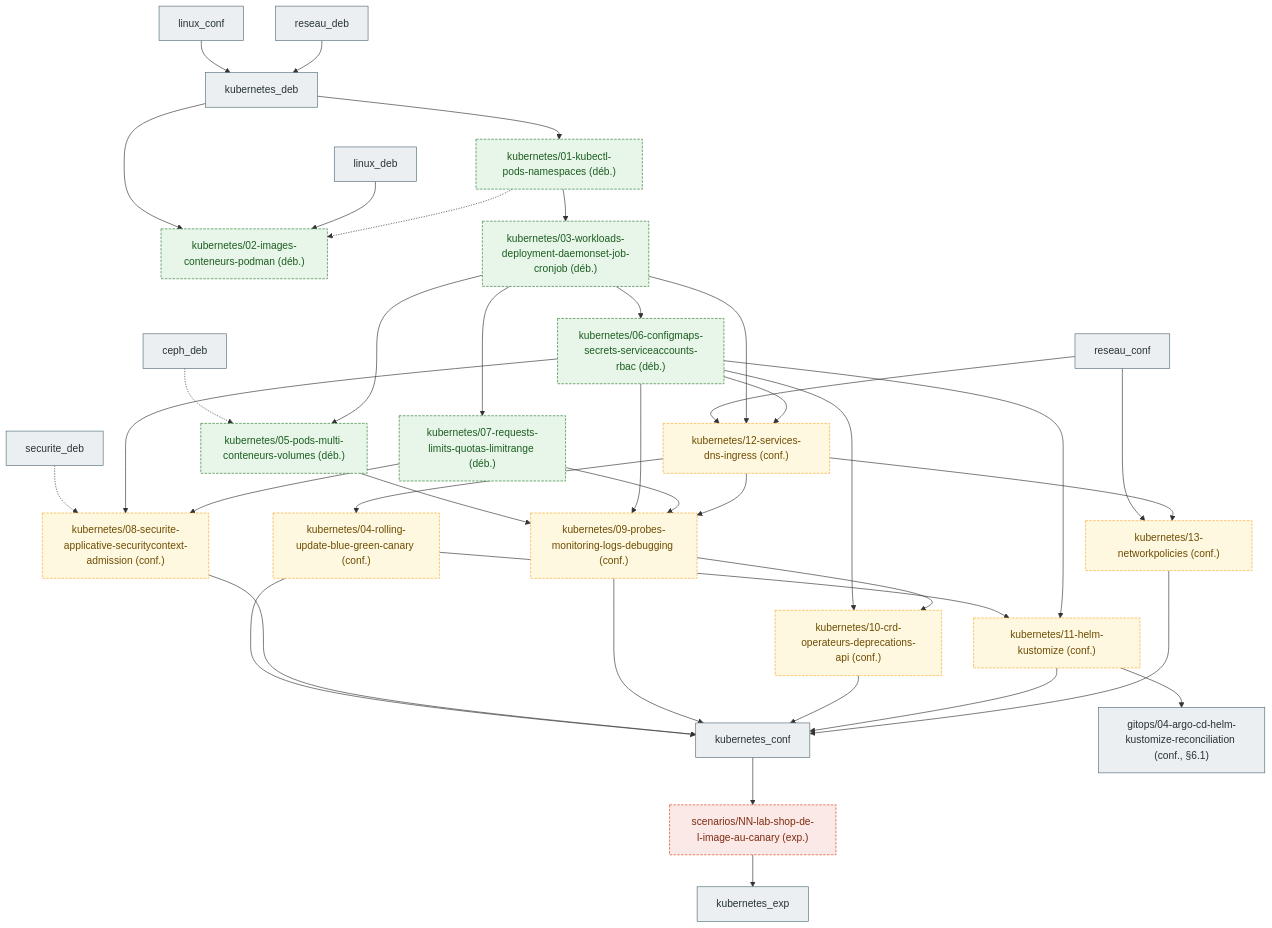
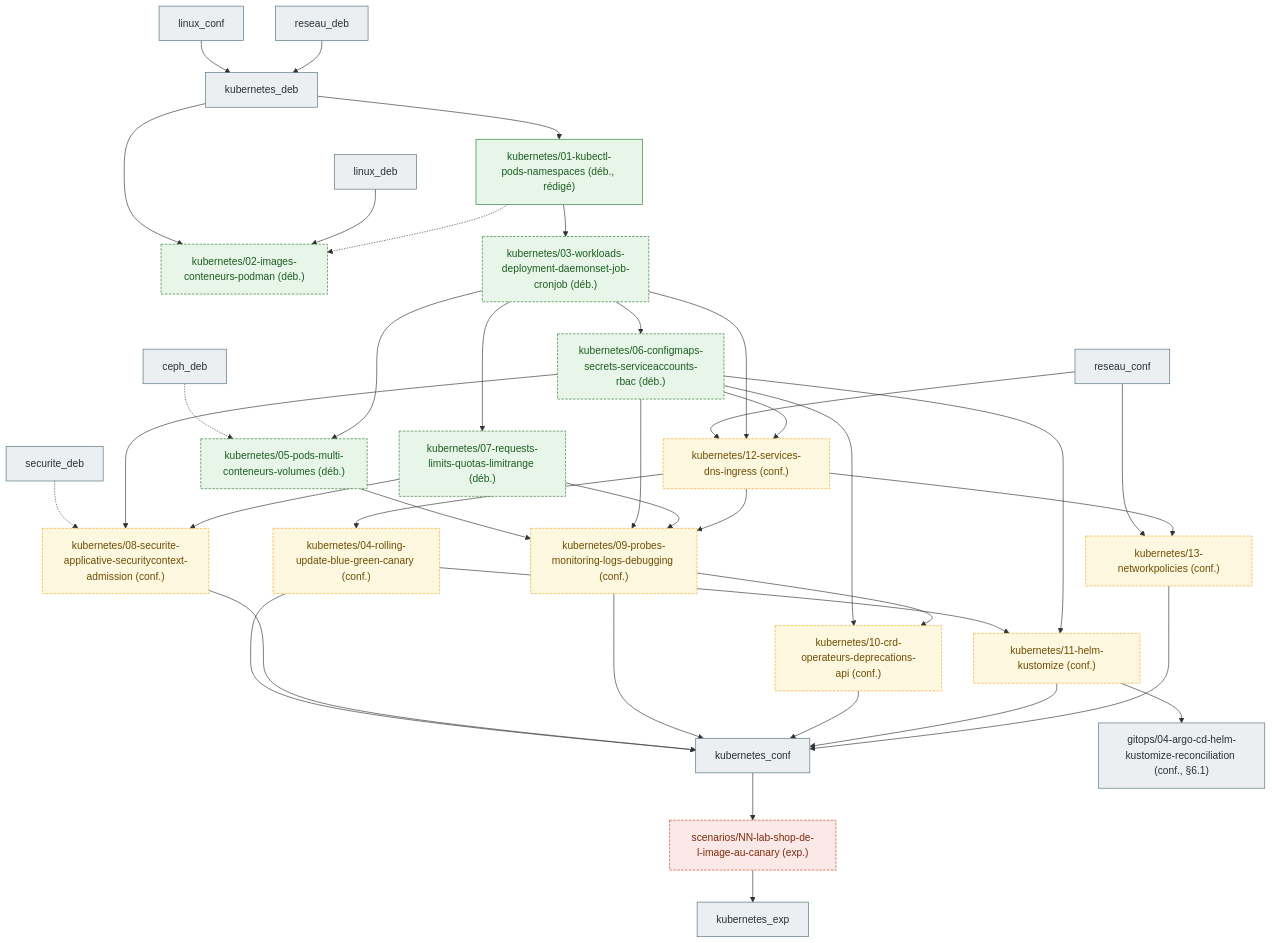
Before and after one commit to cemah2/WorkbookDevops: the seventh of 7 diagrams in docs/prerequis.md, drawn with Mermaid. The commit also changed other lines of this file and 17 other files, not shown here.

First line of the commit message:
fiches(kubernetes/01): kubectl, Pods et namespaces — première fiche de la série CKAD

````diff
--- a/docs/prerequis.md
+++ b/docs/prerequis.md
@@ -289,73 +289,74 @@
 ```mermaid
 flowchart TB
   classDef ref fill:#eceff1,stroke:#546e7a,color:#263238
+  classDef deb fill:#e8f5e9,stroke:#2e7d32,color:#1b5e20
   classDef plan fill:#e8f5e9,stroke:#2e7d32,color:#1b5e20,stroke-dasharray: 4 2
   classDef planconf fill:#fff8e1,stroke:#f9a825,color:#6d4c00,stroke-dasharray: 4 2
   classDef planexp fill:#fbe9e7,stroke:#d84315,color:#7f2a0f,stroke-dasharray: 4 2
 
   linux_deb[linux_deb]:::ref
   linux_conf[linux_conf]:::ref
   reseau_deb[reseau_deb]:::ref
   reseau_conf[reseau_conf]:::ref
   kubernetes_deb[kubernetes_deb]:::ref
   kubernetes_conf[kubernetes_conf]:::ref
   kubernetes_exp[kubernetes_exp]:::ref
   securite_deb[securite_deb]:::ref
   ceph_deb[ceph_deb]:::ref
   argocd_helm["gitops/04-argo-cd-helm-kustomize-reconciliation (conf., §6.1)"]:::ref
 
-  k1["kubernetes/01-kubectl-pods-namespaces (déb.)"]:::plan
+  k1["kubernetes/01-kubectl-pods-namespaces (déb., rédigé)"]:::deb
   k2["kubernetes/02-images-conteneurs-podman (déb.)"]:::plan
   k3["kubernetes/03-workloads-deployment-daemonset-job-cronjob (déb.)"]:::plan
   k5["kubernetes/05-pods-multi-conteneurs-volumes (déb.)"]:::plan
   k6["kubernetes/06-configmaps-secrets-serviceaccounts-rbac (déb.)"]:::plan
   k7["kubernetes/07-requests-limits-quotas-limitrange (déb.)"]:::plan
   k4["kubernetes/04-rolling-update-blue-green-canary (conf.)"]:::planconf
   k8["kubernetes/08-securite-applicative-securitycontext-admission (conf.)"]:::planconf
   k9["kubernetes/09-probes-monitoring-logs-debugging (conf.)"]:::planconf
   k10["kubernetes/10-crd-operateurs-deprecations-api (conf.)"]:::planconf
   k11["kubernetes/11-helm-kustomize (conf.)"]:::planconf
   k12["kubernetes/12-services-dns-ingress (conf.)"]:::planconf
   k13["kubernetes/13-networkpolicies (conf.)"]:::planconf
   s_shop["scenarios/NN-lab-shop-de-l-image-au-canary (exp.)"]:::planexp
 
   %% rattachement aux nœuds de référence
   linux_conf --> kubernetes_deb
   reseau_deb --> kubernetes_deb
   kubernetes_deb --> k1
   kubernetes_deb --> k2
   linux_deb --> k2
   k1 -.-> k2
   securite_deb -.-> k8
   ceph_deb -.-> k5
   reseau_conf --> k12
   reseau_conf --> k13
 
   %% progression intra-domaine (jamais déb. -> exp.)
   k1 --> k3
   k3 --> k5
   k3 --> k6
   k3 --> k7
   k3 --> k12
   k6 --> k12
   k12 --> k4
   k12 --> k13
   k6 --> k8
   k7 --> k8
   k5 --> k9
   k6 --> k9
   k7 --> k9
   k12 --> k9
   k6 --> k10
   k9 --> k10
   k4 --> k11
   k6 --> k11
   k4 --> kubernetes_conf
   k8 --> kubernetes_conf
   k9 --> kubernetes_conf
   k10 --> kubernetes_conf
   k11 --> kubernetes_conf
   k13 --> kubernetes_conf
   k11 --> argocd_helm
   kubernetes_conf --> s_shop --> kubernetes_exp
 ```
````
